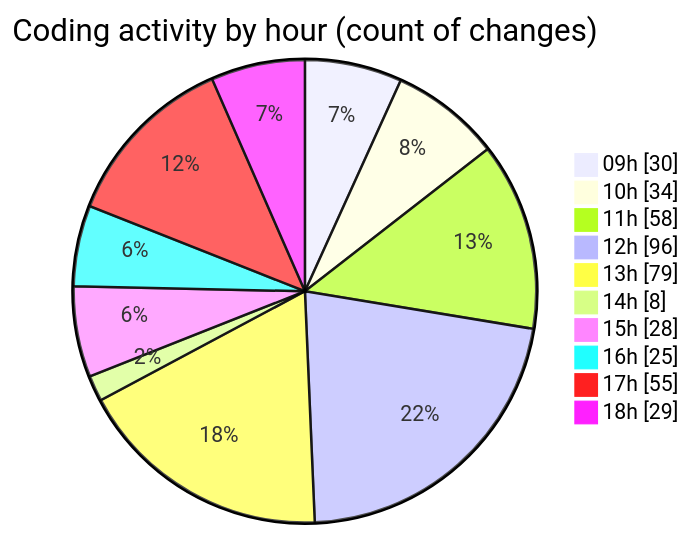
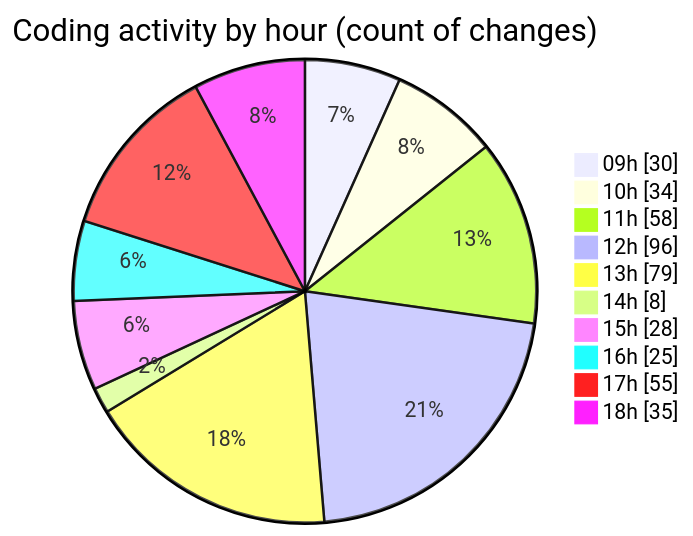
One commit to momahboobian/code-tracking changed the second of 2 diagrams in 2025-04-02/cda/README.md. Above: the diagram before and after it, drawn with Mermaid. The commit also changed other lines of this file and 1 other file, not shown here.

````diff
--- a/2025-04-02/cda/README.md
+++ b/2025-04-02/cda/README.md
@@ -40,14 +40,14 @@
 ```mermaid
 pie showData
 title Coding activity by hour (count of changes)
 "09h" : 30
 "10h" : 34
 "11h" : 58
 "12h" : 96
 "13h" : 79
 "14h" : 8
 "15h" : 28
 "16h" : 25
 "17h" : 55
-"18h" : 29
+"18h" : 35
 ```
````
